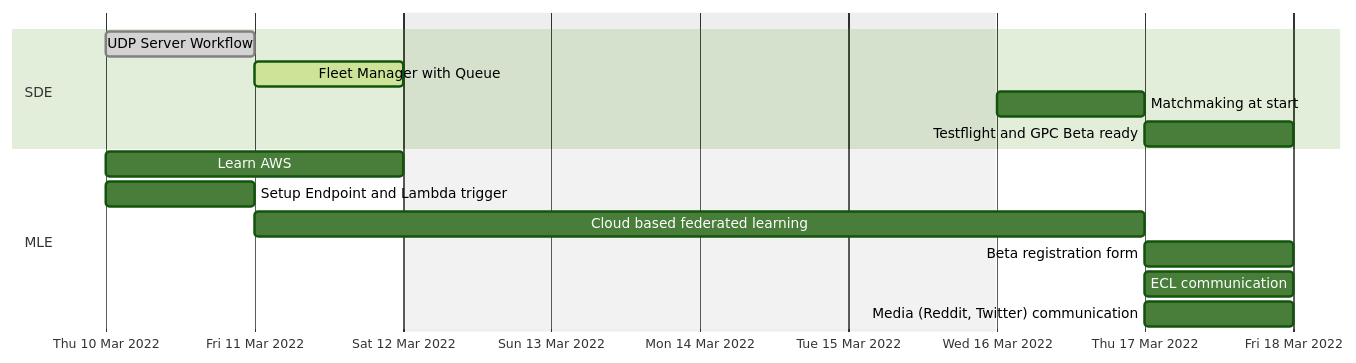
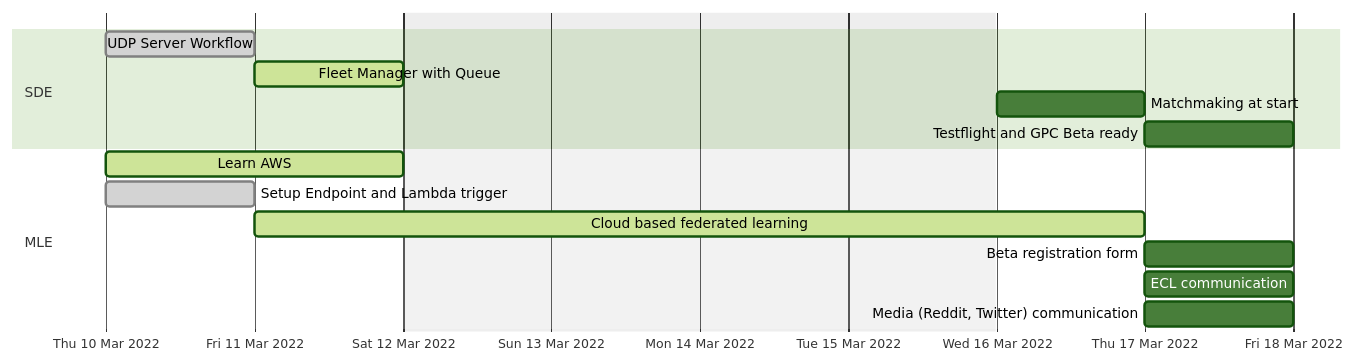
The diagram in ROADMAP.md (AdrKacz/super-duper-guacamole), drawn with Mermaid (forest theme) before and after one commit.

Commit message:
task avancement

````diff
--- a/ROADMAP.md
+++ b/ROADMAP.md
@@ -3,20 +3,20 @@
 ```mermaid
 gantt
     dateFormat YYYY-MM-DD
     axisFormat %a %e %b %Y
     excludes weekends, 2022-03-14, 2022-03-15
 
     section SDE
         UDP Server Workflow : done, s11, 2022-03-10, 1d 
         Fleet Manager with Queue : active, s12, after s11, 1d
         Matchmaking at start : s13, after s12, 1d 
         Testflight and GPC Beta ready : s14, after s13, 1d
 
     section MLE
-        Learn AWS: s20, 2022-03-10, 2d 
-        Setup Endpoint and Lambda trigger : s21, 2022-03-10, 1d
-        Cloud based federated learning : s22, after s21, 2d 
+        Learn AWS: active, s20, 2022-03-10, 2d 
+        Setup Endpoint and Lambda trigger : done, s21, 2022-03-10, 1d
+        Cloud based federated learning : active, s22, after s21, 2d 
         Beta registration form: s231, after s22, 1d
         ECL communication : s232, after s22, 1d
         Media (Reddit, Twitter) communication : s233, after s22, 1d
 ```
````
